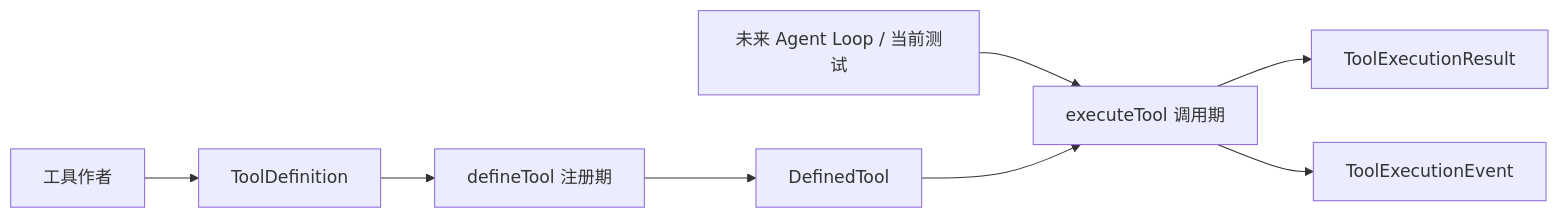
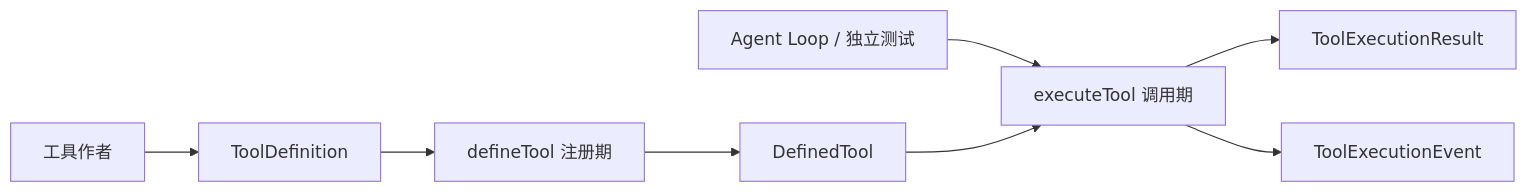
The second of 9 diagrams in docs/learning/tool-harness.md (AlbertE1990/crafteHarness), drawn with Mermaid before and after one commit. The commit also changed other lines of this file and 38 other files, not shown here.

````diff
--- a/docs/learning/tool-harness.md
+++ b/docs/learning/tool-harness.md
@@ -60,11 +60,11 @@
 ```mermaid
 flowchart LR
   Author[工具作者] --> Definition[ToolDefinition]
   Definition --> Register[defineTool 注册期]
   Register --> Defined[DefinedTool]
 
-  Caller[未来 Agent Loop / 当前测试] --> Execute[executeTool 调用期]
+  Caller[Agent Loop / 独立测试] --> Execute[executeTool 调用期]
   Defined --> Execute
   Execute --> Result[ToolExecutionResult]
   Execute --> Events[ToolExecutionEvent]
 ```
````
